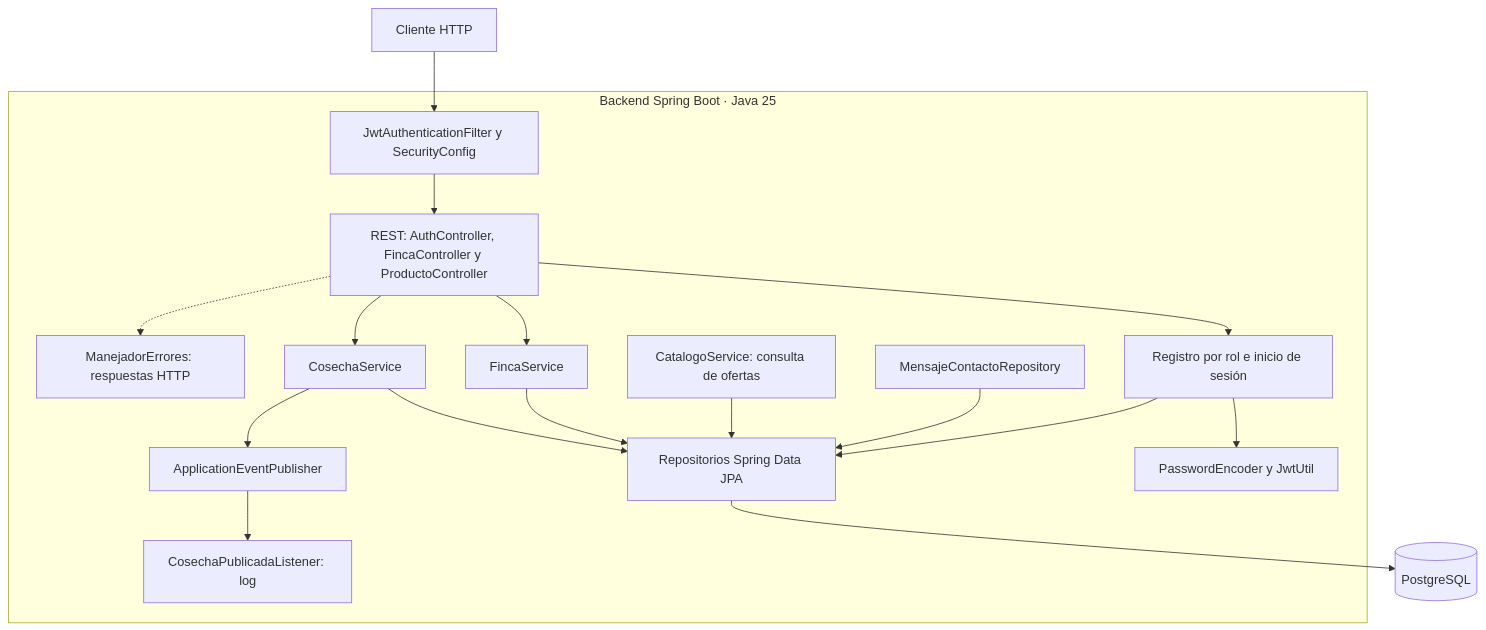
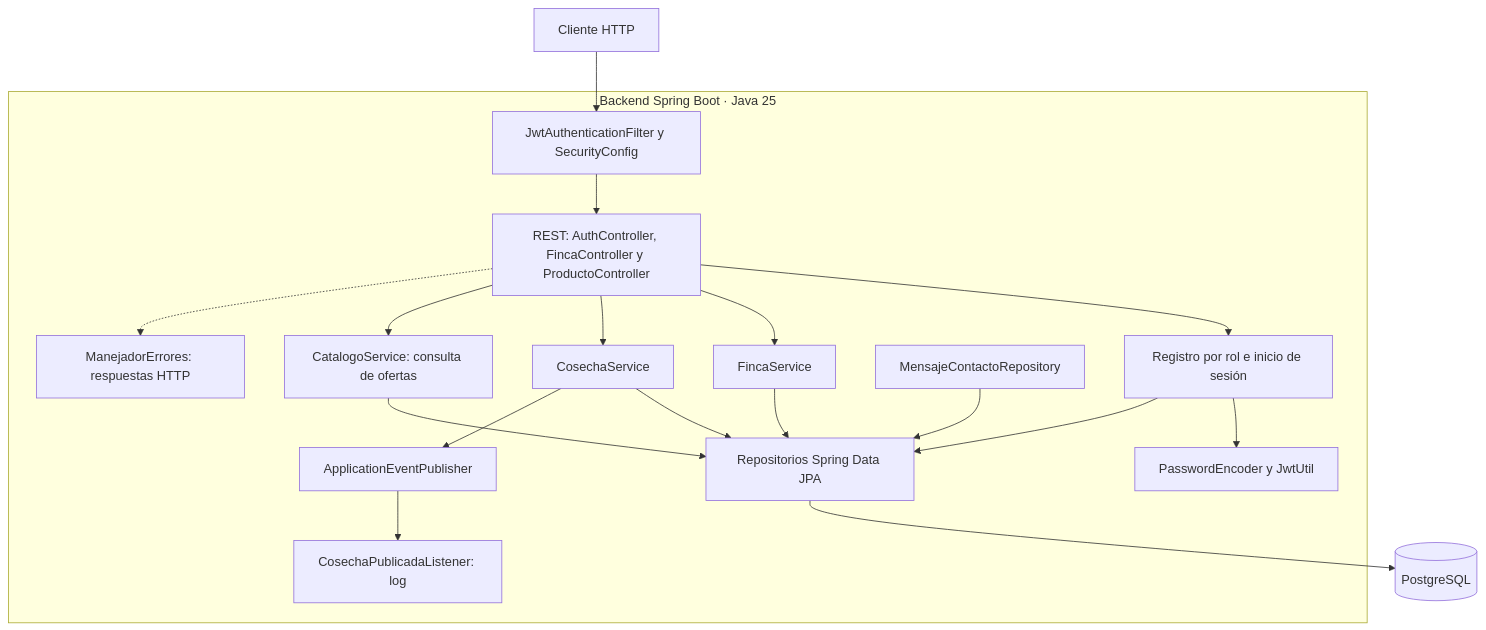
Before and after one commit to Angel-uniajc/AgrovalleConnect: the fourth of 7 diagrams in docs/architecture/diagramas-uml.md, drawn with Mermaid. The commit also changed other lines of this file and 1 other file, not shown here.

````diff
--- a/docs/architecture/diagramas-uml.md
+++ b/docs/architecture/diagramas-uml.md
@@ -133,20 +133,21 @@
 ```mermaid
 flowchart TB
     Cliente["Cliente HTTP"] --> Seguridad["JwtAuthenticationFilter y SecurityConfig"]
     subgraph Backend["Backend Spring Boot · Java 25"]
         Seguridad --> Controladores["REST: AuthController, FincaController y ProductoController"]
         Controladores --> Auth["Registro por rol e inicio de sesión"]
         Controladores --> Fincas["FincaService"]
         Controladores --> Cosechas["CosechaService"]
         Auth --> Credenciales["PasswordEncoder y JwtUtil"]
         Auth --> JPA["Repositorios Spring Data JPA"]
         Fincas --> JPA
         Cosechas --> JPA
         Cosechas --> Eventos["ApplicationEventPublisher"]
         Eventos --> Observer["CosechaPublicadaListener: log"]
-        Catalogo["CatalogoService: consulta de ofertas"] --> JPA
+        Controladores --> Catalogo["CatalogoService: consulta de ofertas"]
+        Catalogo --> JPA
         Contacto["MensajeContactoRepository"] --> JPA
         Controladores -.-> Errores["ManejadorErrores: respuestas HTTP"]
     end
     JPA --> DB[("PostgreSQL")]
 ```
````
